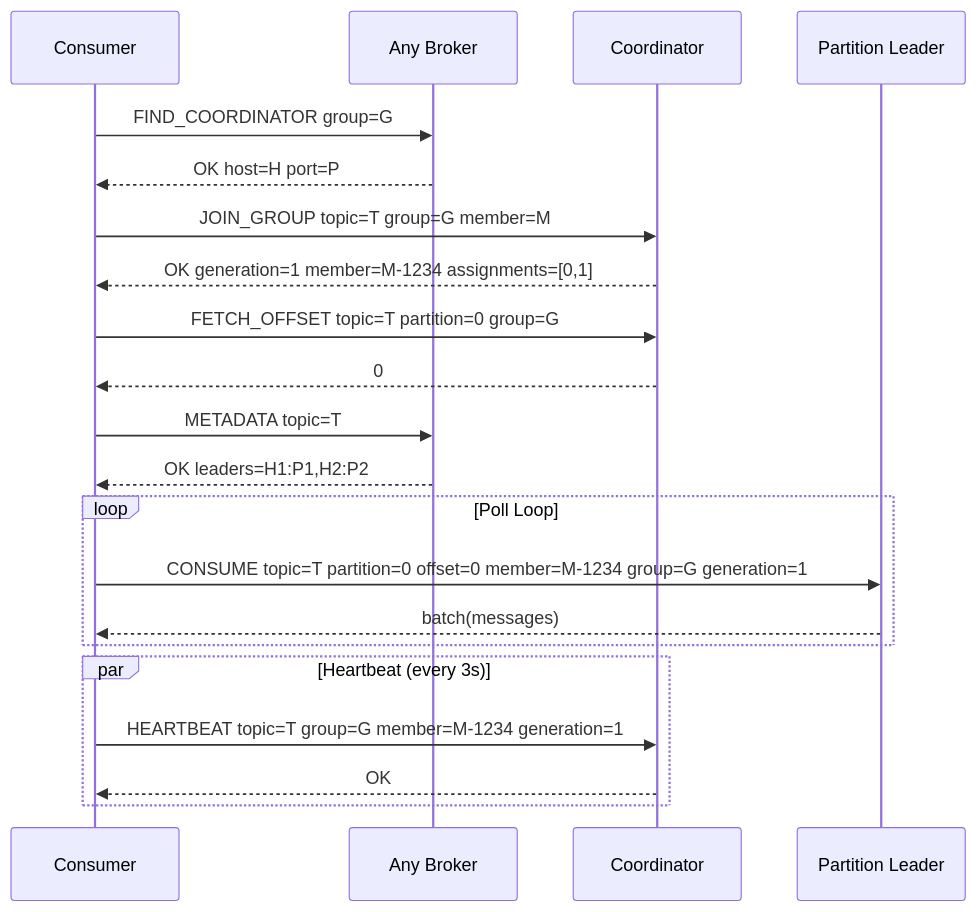
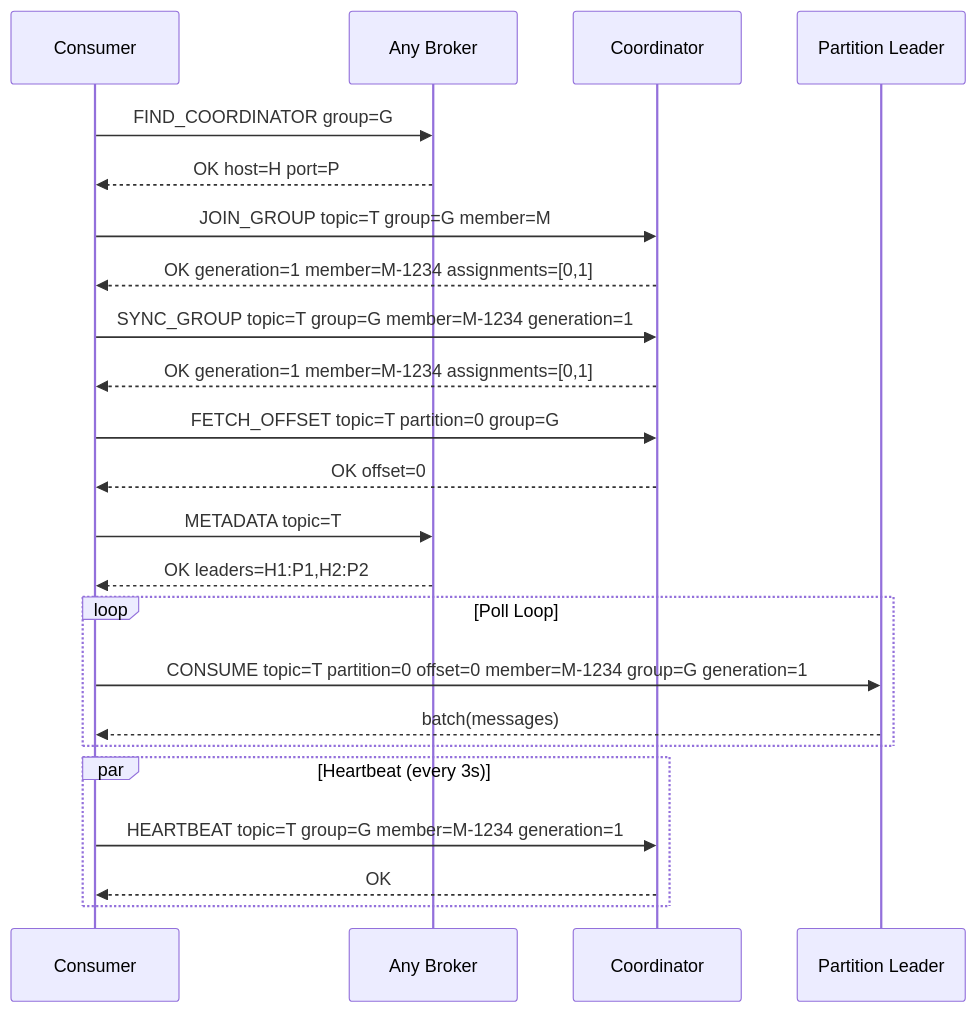
One commit to cursus-io/cursus changed the second of 3 diagrams in docs/cluster-consumer.md. Above: the diagram before and after it, drawn with Mermaid. The commit also changed other lines of this file and 36 other files, not shown here.

````diff
--- a/docs/cluster-consumer.md
+++ b/docs/cluster-consumer.md
@@ -66,29 +66,32 @@
 ```mermaid
 sequenceDiagram
     participant C as Consumer
     participant B as Any Broker
     participant CO as Coordinator
     participant PL as Partition Leader
 
     C->>B: FIND_COORDINATOR group=G
     B-->>C: OK host=H port=P
 
     C->>CO: JOIN_GROUP topic=T group=G member=M
     CO-->>C: OK generation=1 member=M-1234 assignments=[0,1]
 
+    C->>CO: SYNC_GROUP topic=T group=G member=M-1234 generation=1
+    CO-->>C: OK generation=1 member=M-1234 assignments=[0,1]
+
     C->>CO: FETCH_OFFSET topic=T partition=0 group=G
-    CO-->>C: 0
+    CO-->>C: OK offset=0
 
     C->>B: METADATA topic=T
     B-->>C: OK leaders=H1:P1,H2:P2
 
     loop Poll Loop
         C->>PL: CONSUME topic=T partition=0 offset=0 member=M-1234 group=G generation=1
         PL-->>C: batch(messages)
     end
 
     par Heartbeat (every 3s)
         C->>CO: HEARTBEAT topic=T group=G member=M-1234 generation=1
         CO-->>C: OK
     end
 ```
````
